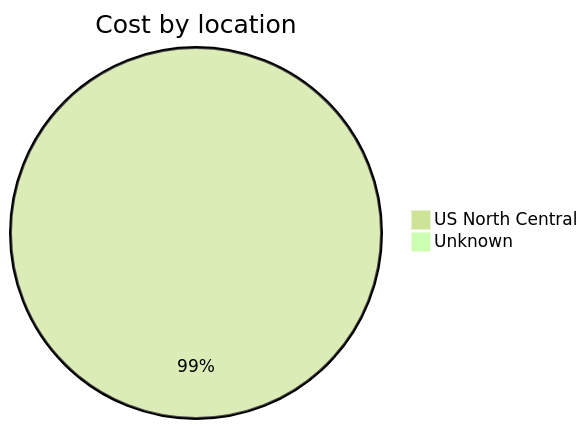
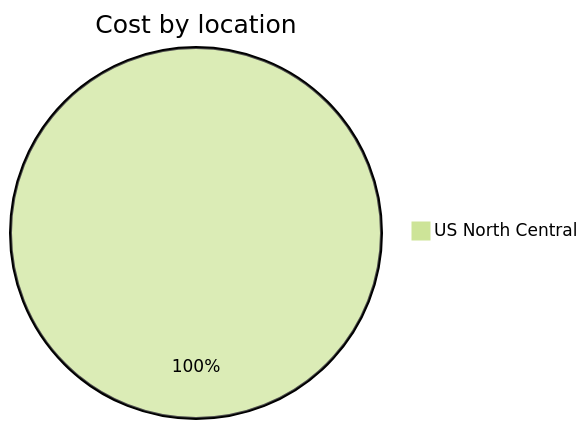
Before and after one commit to jpfulton/azure-personal-reports: the third of 4 diagrams in cost-reports/personal-network/README.md, drawn with Mermaid (forest theme). The commit also changed other lines of this file and 8 other files, not shown here.

````diff
--- a/cost-reports/personal-network/README.md
+++ b/cost-reports/personal-network/README.md
@@ -116,6 +103,5 @@
 ```mermaid
 pie
    title Cost by location
-   "US North Central" : 60.58
-   "Unknown" : 0.47
+   "US North Central" : 0.07
 ```
````
